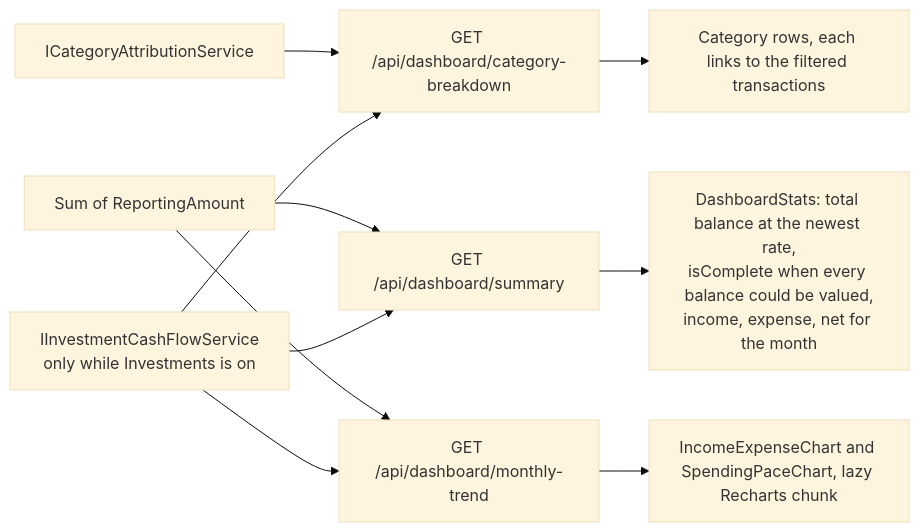
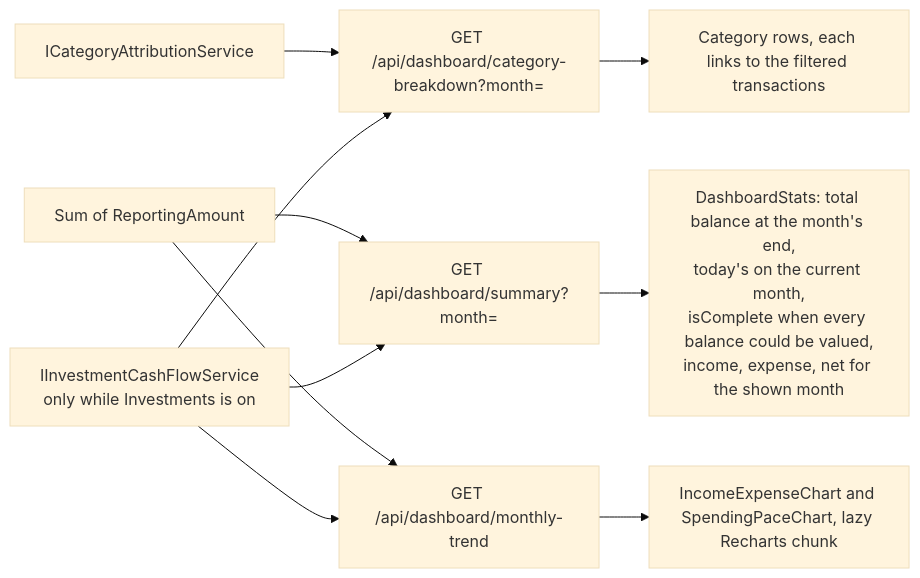
One commit to Justxs/Jx-Finance changed the first of 3 diagrams in docs/features/dashboard.md. Above: the diagram before and after it, drawn with Mermaid (base theme). The commit also changed other lines of this file and 180 other files, not shown here.

First line of the commit message:
refactor: remove reports and close routes, update navigation and dashboard schemas

````diff
--- a/docs/features/dashboard.md
+++ b/docs/features/dashboard.md
@@ -7,12 +7,12 @@
 ```mermaid
 flowchart LR
-    S["GET /api/dashboard/summary"] --> Stats["DashboardStats: total balance at the newest rate,<br/>isComplete when every balance could be valued,<br/>income, expense, net for the month"]
-    C["GET /api/dashboard/category-breakdown"] --> Cats["Category rows, each links to the filtered transactions"]
+    S["GET /api/dashboard/summary?month="] --> Stats["DashboardStats: total balance at the month's end,<br/>today's on the current month,<br/>isComplete when every balance could be valued,<br/>income, expense, net for the shown month"]
+    C["GET /api/dashboard/category-breakdown?month="] --> Cats["Category rows, each links to the filtered transactions"]
     T["GET /api/dashboard/monthly-trend"] --> Chart["IncomeExpenseChart and SpendingPaceChart, lazy Recharts chunk"]
     Attr["ICategoryAttributionService"] --> C
     RA["Sum of ReportingAmount"] --> S
     RA --> T
     Inv["IInvestmentCashFlowService<br/>only while Investments is on"] --> S
     Inv --> T
     Inv --> C
 ```
````
